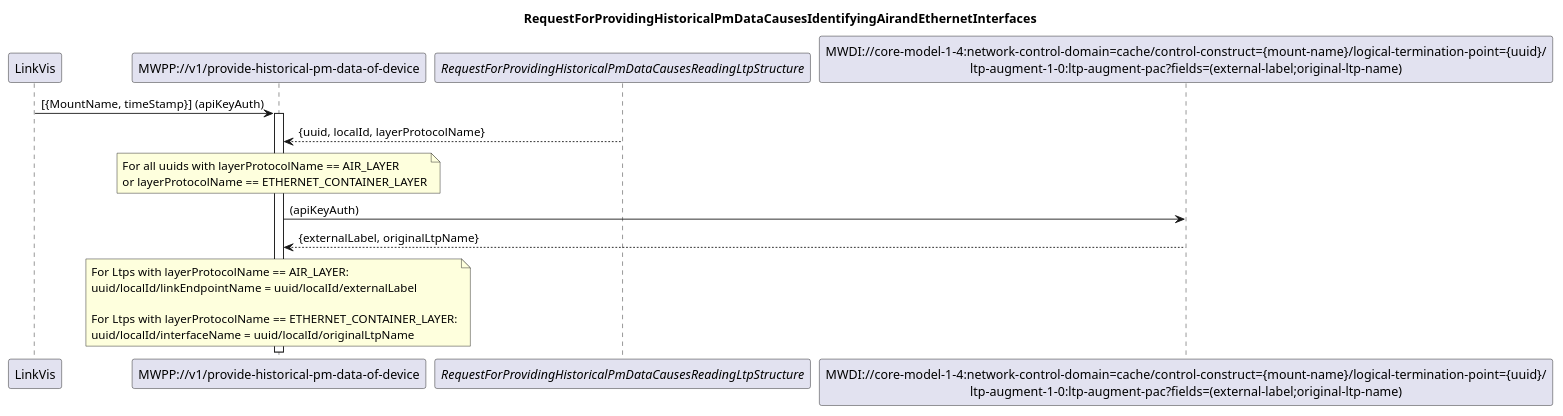
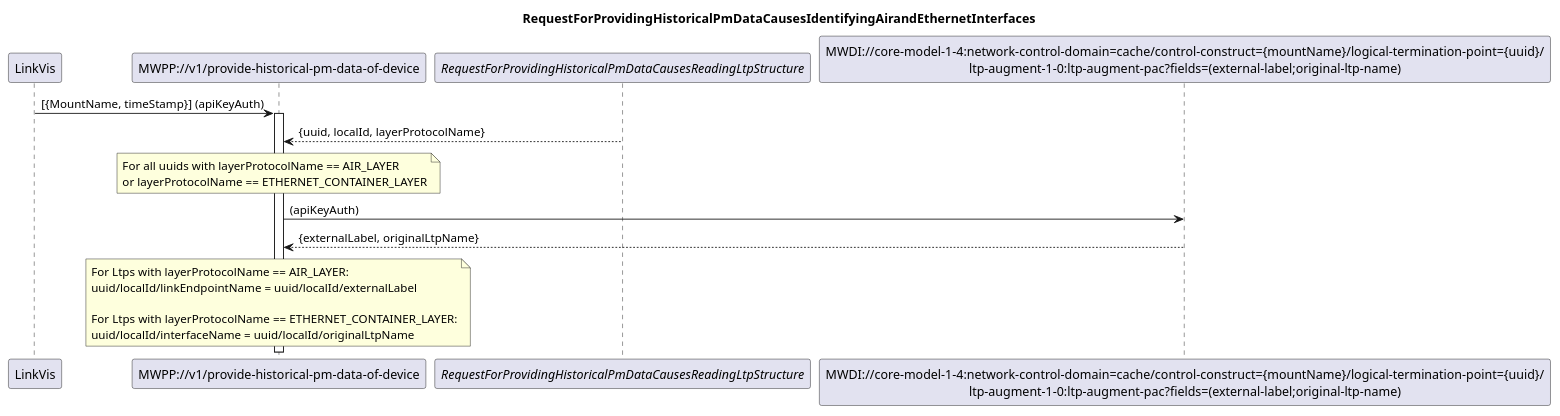
One commit to openBackhaul/MicroWavePerformanceProxy changed the diagram in spec/diagrams/001_IdentifyingAirAndEthernetInterfaces.plantuml. Above: the diagram before and after it, drawn with PlantUML. The commit also changed 4 other files, not shown here.

```diff
--- a/spec/diagrams/001_IdentifyingAirAndEthernetInterfaces.plantuml
+++ b/spec/diagrams/001_IdentifyingAirAndEthernetInterfaces.plantuml
@@ -1,34 +1,34 @@
 @startuml 001_IdentifyingAirandEthernetInterfaces
 skinparam responseMessageBelowArrow true
 
 title
 RequestForProvidingHistoricalPmDataCausesIdentifyingAirandEthernetInterfaces
 end title
 
 participant "LinkVis" as LinkVis
 participant "MWPP://v1/provide-historical-pm-data-of-device" as MWPP
 participant "<i>RequestForProvidingHistoricalPmDataCausesReadingLtpStructure</i>" as LTPs
-participant "MWDI://core-model-1-4:network-control-domain=cache/control-construct={mount-name}/logical-termination-point={uuid}/\nltp-augment-1-0:ltp-augment-pac?fields=(external-label;original-ltp-name)" as LtpDesignation
+participant "MWDI://core-model-1-4:network-control-domain=cache/control-construct={mountName}/logical-termination-point={uuid}/\nltp-augment-1-0:ltp-augment-pac?fields=(external-label;original-ltp-name)" as LtpDesignation
 
 LinkVis -> MWPP: [{MountName, timeStamp}] (apiKeyAuth)
 activate MWPP
 
 LTPs --> MWPP: {uuid, localId, layerProtocolName}
 
 note over MWPP
 For all uuids with layerProtocolName == AIR_LAYER
 or layerProtocolName == ETHERNET_CONTAINER_LAYER
 end note
 
 MWPP -> LtpDesignation: (apiKeyAuth)
 LtpDesignation --> MWPP: {externalLabel, originalLtpName}
 
 note over MWPP
 For Ltps with layerProtocolName == AIR_LAYER:
 uuid/localId/linkEndpointName = uuid/localId/externalLabel
 
 For Ltps with layerProtocolName == ETHERNET_CONTAINER_LAYER:
 uuid/localId/interfaceName = uuid/localId/originalLtpName
 end note
 
 @enduml
```
